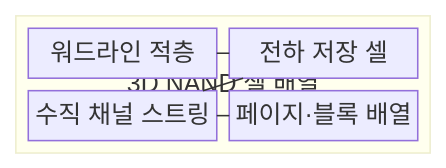
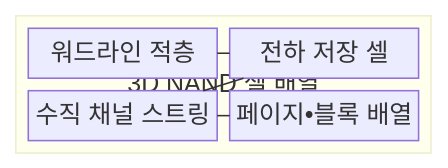
One commit to agnusdei1207/knowledge-base changed the first of 2 diagrams in src/content/docs/notes/02-hardware/031_nand_flash_3d_v_nand.md. Above: the diagram before and after it, drawn with Mermaid. The commit also changed other lines of this file and 953 other files, not shown here.

````diff
--- a/src/content/docs/notes/02-hardware/031_nand_flash_3d_v_nand.md
+++ b/src/content/docs/notes/02-hardware/031_nand_flash_3d_v_nand.md
@@ -66,14 +66,14 @@
 ```mermaid
 block
     columns 1
     block:N["3D NAND 셀 배열"]
         columns 2
         WL["워드라인 적층"]
         CELL["전하 저장 셀"]
         CH["수직 채널 스트링"]
-        PB["페이지·블록 배열"]
+        PB["페이지•블록 배열"]
         WL --- CELL
         CELL --- CH
         CH --- PB
     end
 ```
````
